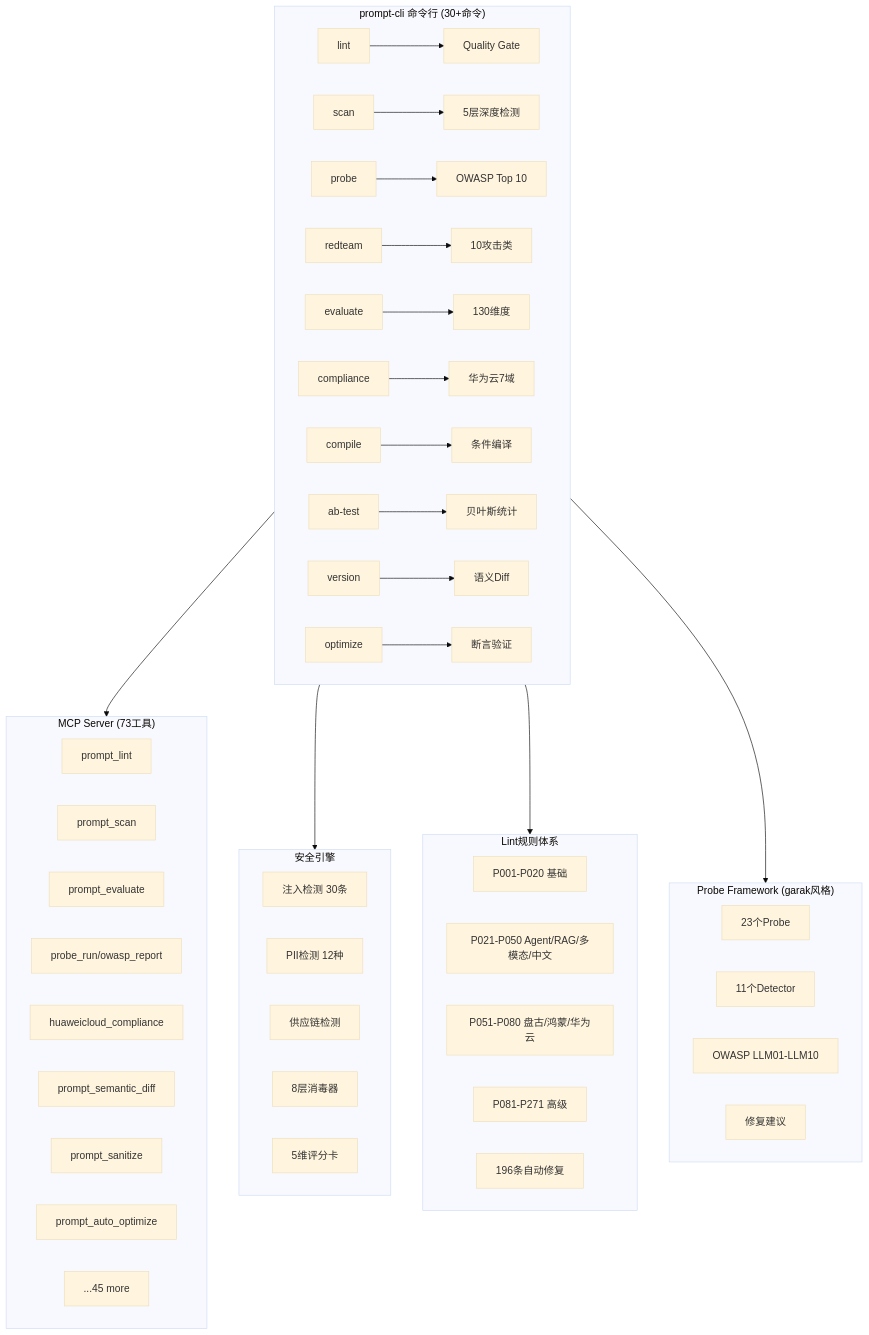
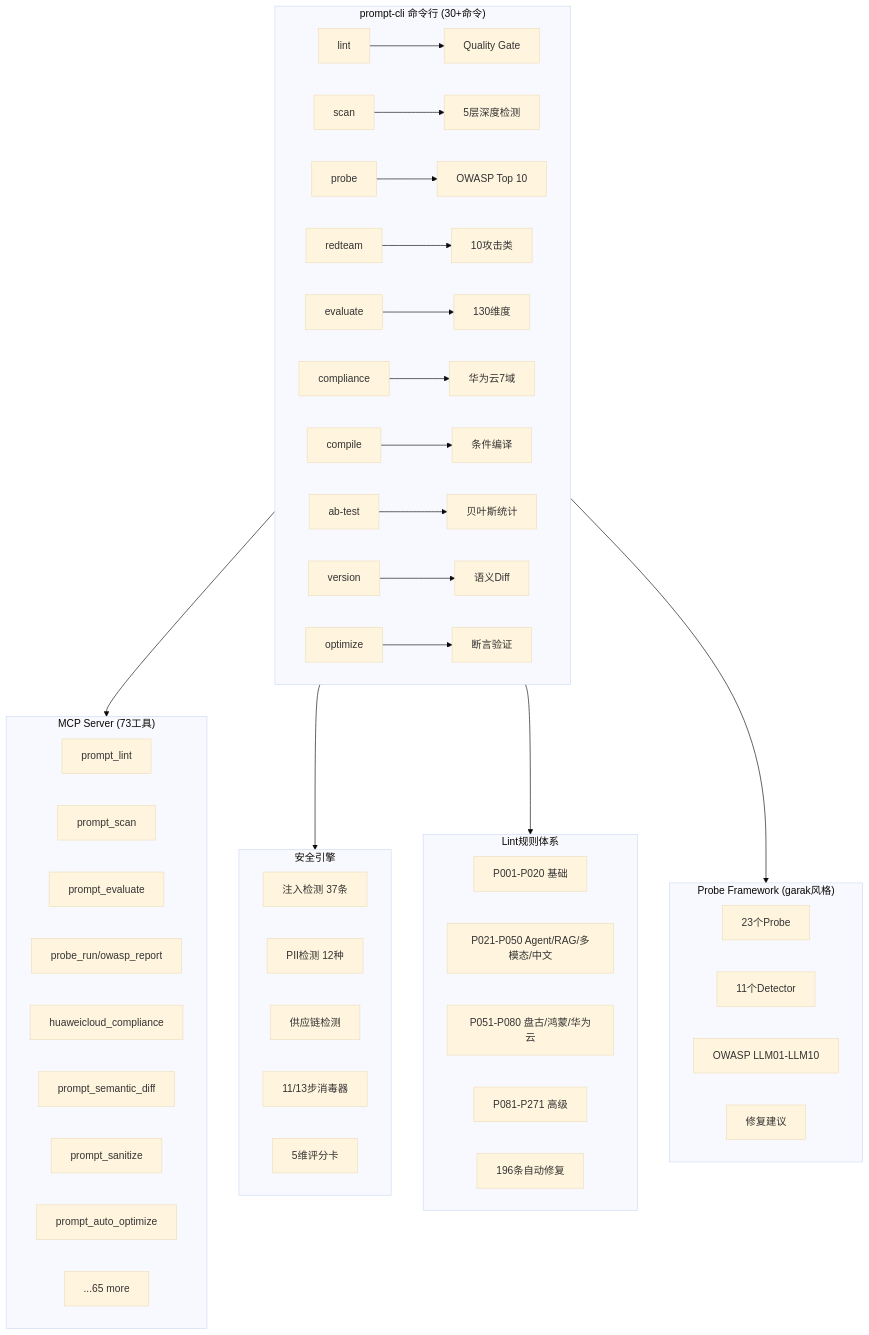
Before and after one commit to wqbcs/ai-prompt-toolkit: the second of 2 diagrams in README.md, drawn with Mermaid (base theme). The commit also changed other lines of this file and 13 other files, not shown here.

````diff
--- a/README.md
+++ b/README.md
@@ -510,55 +510,55 @@
 ```mermaid
 graph TB
     subgraph CLI["prompt-cli 命令行 (30+命令)"]
         LINT[lint] --> GATE[Quality Gate]
         SCAN[scan] --> DEPTH[5层深度检测]
         PROBE[probe] --> OWASP[OWASP Top 10]
         REDTEAM[redteam] --> ATTACK[10攻击类]
         EVAL[evaluate] --> DIMS[130维度]
         COMPLIANCE[compliance] --> HC[华为云7域]
         COMPILE[compile] --> CMP[条件编译]
         AB[ab-test] --> BAYES[贝叶斯统计]
         VERSION[version] --> SDIFF[语义Diff]
         OPTIMIZE[optimize] --> ASSERT[断言验证]
     end
 
     subgraph MCP["MCP Server (73工具)"]
         MCP_LINT[prompt_lint]
         MCP_SCAN[prompt_scan]
         MCP_EVAL[prompt_evaluate]
         MCP_PROBE[probe_run/owasp_report]
         MCP_COMPLIANCE[huaweicloud_compliance]
         MCP_DIFF[prompt_semantic_diff]
         MCP_SANITIZE[prompt_sanitize]
         MCP_OPTIMIZE[prompt_auto_optimize]
-        MCP_MORE[...45 more]
+        MCP_MORE[...65 more]
     end
 
     subgraph SECURITY["安全引擎"]
-        INJ[注入检测 30条]
+        INJ[注入检测 37条]
         PII[PII检测 12种]
         SUPPLY[供应链检测]
-        SANITIZE[8层消毒器]
+        SANITIZE[11/13步消毒器]
         SCORECARD[5维评分卡]
     end
 
     subgraph RULES["Lint规则体系"]
         R1[P001-P020 基础]
         R2[P021-P050 Agent/RAG/多模态/中文]
         R3[P051-P080 盘古/鸿蒙/华为云]
         R4[P081-P271 高级]
         FIXER[196条自动修复]
     end
 
     subgraph PROBES["Probe Framework (garak风格)"]
         P_15[23个Probe]
         D_8[11个Detector]
         OWASP_MAP[OWASP LLM01-LLM10]
         REMEDIATION[修复建议]
     end
 
     CLI --> MCP
     CLI --> SECURITY
     CLI --> RULES
     CLI --> PROBES
 ```
````
